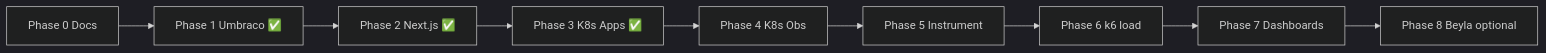
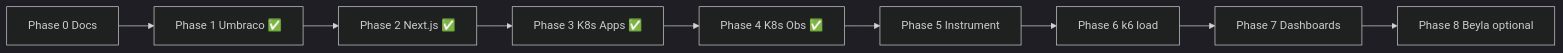
One commit to 1k-off/umbraco-observability-playground changed the diagram in docs/IMPLEMENTATION_PLAN.md. Above: the diagram before and after it, drawn with Mermaid (dark theme). The commit also changed other lines of this file and 55 other files, not shown here.

````diff
--- a/docs/IMPLEMENTATION_PLAN.md
+++ b/docs/IMPLEMENTATION_PLAN.md
@@ -9,11 +9,11 @@
 ```mermaid
 flowchart LR
   P0[Phase 0 Docs] --> P1[Phase 1 Umbraco ✅]
   P1 --> P2[Phase 2 Next.js ✅]
   P2 --> P3[Phase 3 K8s Apps ✅]
-  P3 --> P4[Phase 4 K8s Obs]
+  P3 --> P4[Phase 4 K8s Obs ✅]
   P4 --> P5[Phase 5 Instrument]
   P5 --> P6[Phase 6 k6 load]
   P6 --> P7[Phase 7 Dashboards]
   P7 --> P8[Phase 8 Beyla optional]
 ```
````
